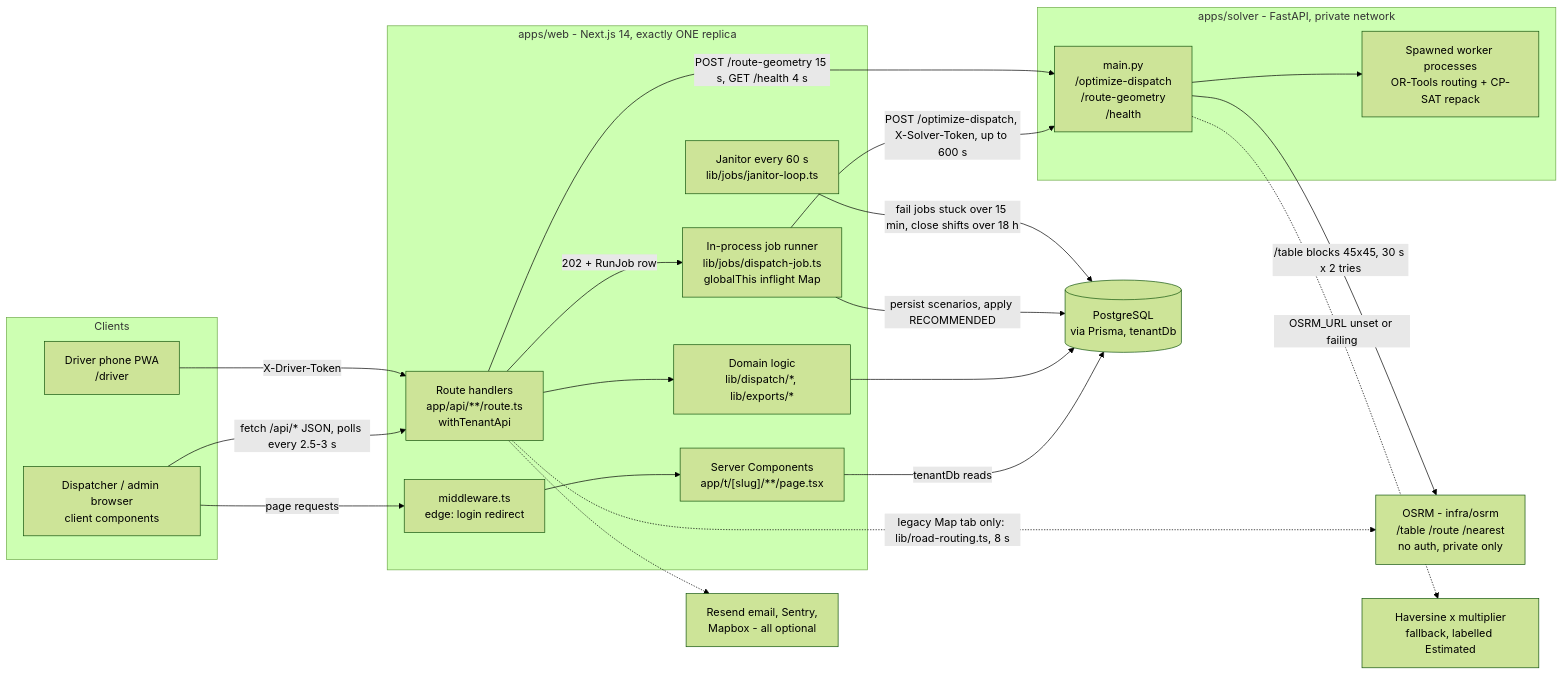
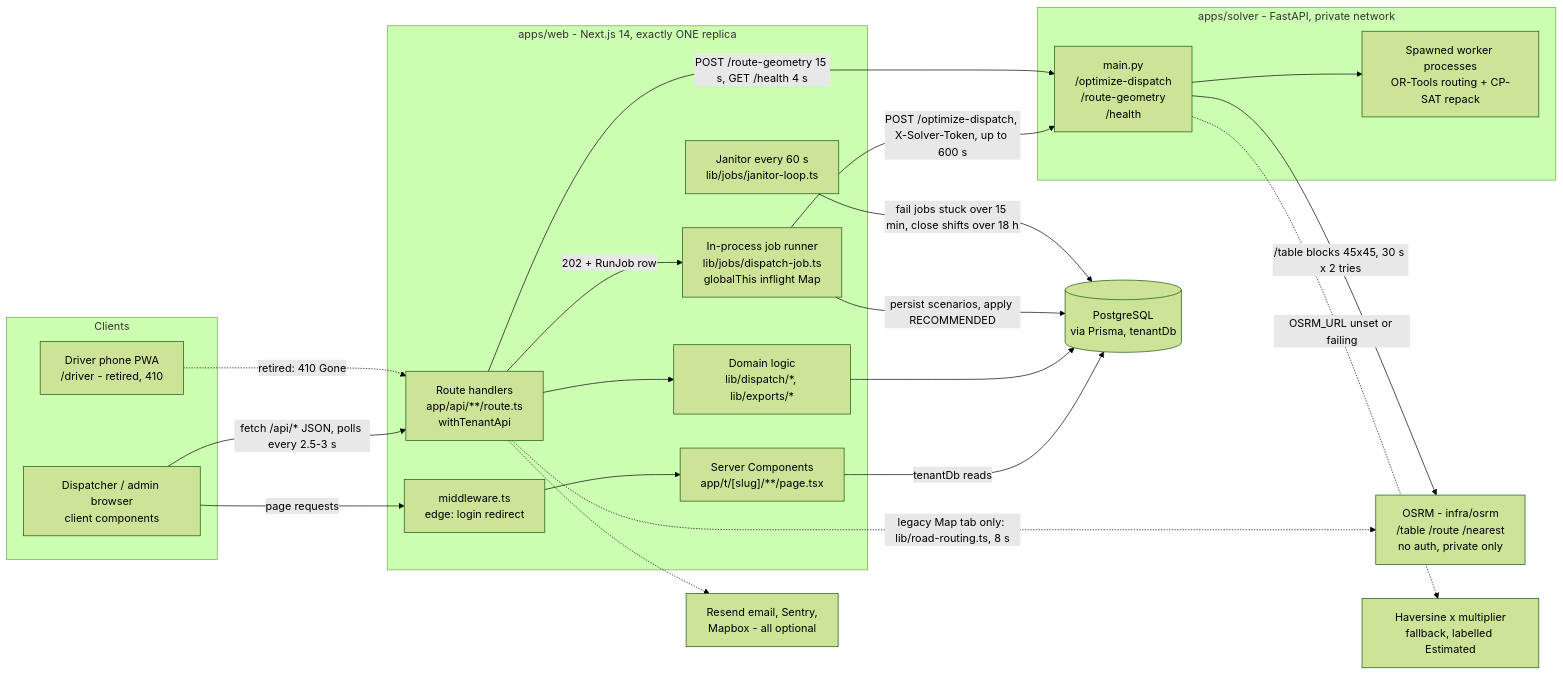
One commit to rahmanmansoori244-droid/routeiq changed the first of 7 diagrams in docs/PROJECT_HANDBOOK.md. Above: the diagram before and after it, drawn with Mermaid (forest theme). The commit also changed other lines of this file and 9 other files, not shown here.

````diff
--- a/docs/PROJECT_HANDBOOK.md
+++ b/docs/PROJECT_HANDBOOK.md
@@ -305,39 +312,39 @@
 ```mermaid
 flowchart LR
   subgraph Clients
     B["Dispatcher / admin browser<br/>client components"]
-    D["Driver phone PWA<br/>/driver"]
+    D["Driver phone PWA<br/>/driver - retired, 410"]
   end
   subgraph WEB["apps/web - Next.js 14, exactly ONE replica"]
     MW["middleware.ts<br/>edge: login redirect"]
     RSC["Server Components<br/>app/t/[slug]/**/page.tsx"]
     API["Route handlers<br/>app/api/**/route.ts<br/>withTenantApi"]
     SVC["Domain logic<br/>lib/dispatch/*, lib/exports/*"]
     JOB["In-process job runner<br/>lib/jobs/dispatch-job.ts<br/>globalThis inflight Map"]
     JAN["Janitor every 60 s<br/>lib/jobs/janitor-loop.ts"]
   end
   DB[("PostgreSQL<br/>via Prisma, tenantDb")]
   subgraph SOLVER["apps/solver - FastAPI, private network"]
     EP["main.py<br/>/optimize-dispatch<br/>/route-geometry<br/>/health"]
     WK["Spawned worker processes<br/>OR-Tools routing + CP-SAT repack"]
   end
   OSRM["OSRM - infra/osrm<br/>/table /route /nearest<br/>no auth, private only"]
   HAV["Haversine x multiplier<br/>fallback, labelled Estimated"]
   EXT["Resend email, Sentry,<br/>Mapbox - all optional"]
 
   B -- "page requests" --> MW --> RSC
   B -- "fetch /api/* JSON, polls every 2.5-3 s" --> API
-  D -- "X-Driver-Token" --> API
+  D -. "retired: 410 Gone" .-> API
   RSC -- "tenantDb reads" --> DB
   API --> SVC --> DB
   API -- "202 + RunJob row" --> JOB
   JOB -- "POST /optimize-dispatch, X-Solver-Token, up to 600 s" --> EP
   API -- "POST /route-geometry 15 s, GET /health 4 s" --> EP
   EP --> WK
   EP -- "/table blocks 45x45, 30 s x 2 tries" --> OSRM
   EP -. "OSRM_URL unset or failing" .-> HAV
   JOB -- "persist scenarios, apply RECOMMENDED" --> DB
   JAN -- "fail jobs stuck over 15 min, close shifts over 18 h" --> DB
   API -. "legacy Map tab only: lib/road-routing.ts, 8 s" .-> OSRM
   API -.-> EXT
 ```
````
